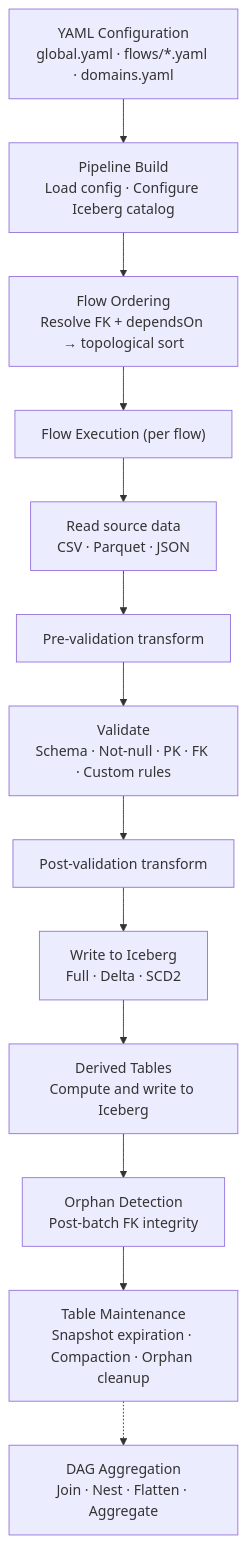
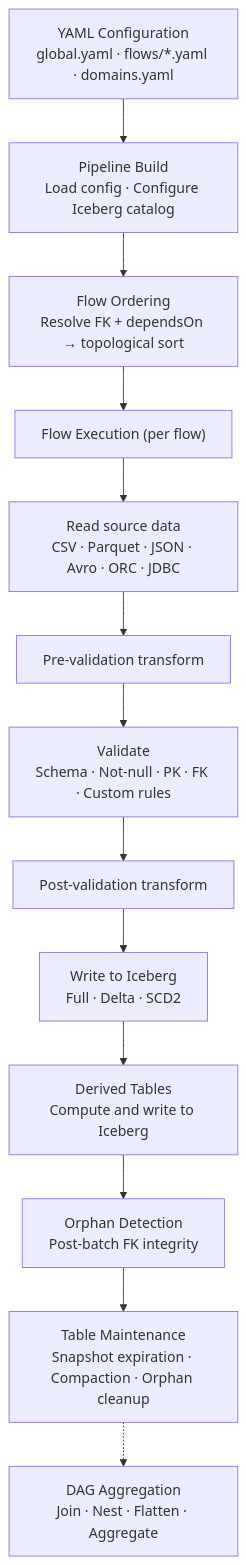
One commit to giacomoaccursi/Floe changed the diagram in site-docs/architecture/overview.md. Above: the diagram before and after it, drawn with Mermaid. The commit also changed other lines of this file and 3 other files, not shown here.

Commit message:
docs(architecture): fix stale references, add rename step, correct module descriptions

````diff
--- a/site-docs/architecture/overview.md
+++ b/site-docs/architecture/overview.md
@@ -7,21 +7,21 @@
 ```mermaid
 graph TD
     YAML["YAML Configuration<br/>global.yaml · flows/*.yaml · domains.yaml"]
     BUILD["Pipeline Build<br/>Load config · Configure Iceberg catalog"]
     ORDER["Flow Ordering<br/>Resolve FK + dependsOn → topological sort"]
     EXEC["Flow Execution (per flow)"]
-    READ["Read source data<br/>CSV · Parquet · JSON"]
+    READ["Read source data<br/>CSV · Parquet · JSON · Avro · ORC · JDBC"]
     PRE["Pre-validation transform"]
     VAL["Validate<br/>Schema · Not-null · PK · FK · Custom rules"]
     POST["Post-validation transform"]
     WRITE["Write to Iceberg<br/>Full · Delta · SCD2"]
     DERIVED["Derived Tables<br/>Compute and write to Iceberg"]
     ORPHAN["Orphan Detection<br/>Post-batch FK integrity"]
     MAINT["Table Maintenance<br/>Snapshot expiration · Compaction · Orphan cleanup"]
     DAG["DAG Aggregation<br/>Join · Nest · Flatten · Aggregate"]
 
     YAML --> BUILD --> ORDER --> EXEC
     EXEC --> READ --> PRE --> VAL --> POST --> WRITE
     WRITE --> DERIVED --> ORPHAN --> MAINT
     MAINT -.-> DAG
 ```
````
